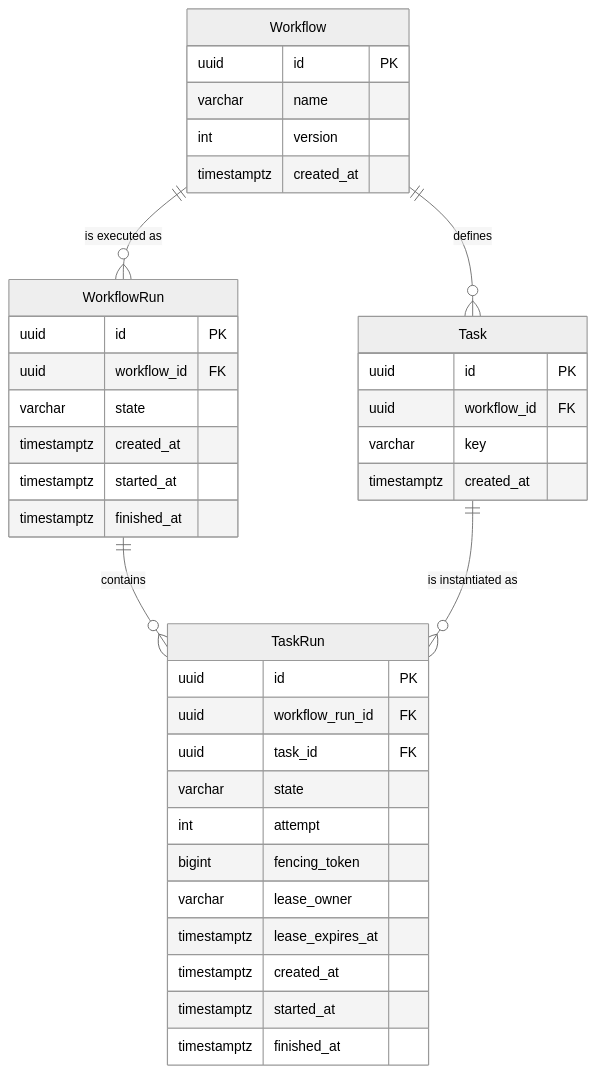
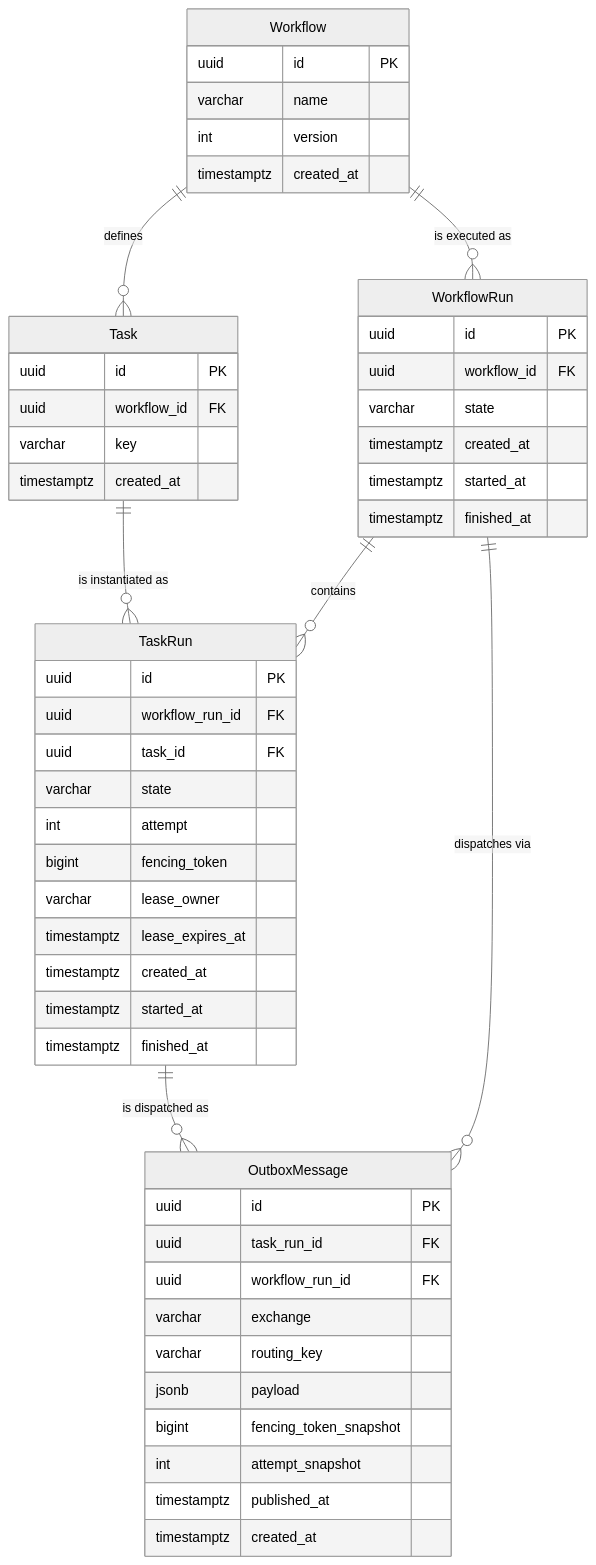
Before and after one commit to Abolfazlrwm/flowforge: the diagram in docs/architecture/data-model.md, drawn with Mermaid (neutral theme). The commit also changed other lines of this file and 8 other files, not shown here.

````diff
--- a/docs/architecture/data-model.md
+++ b/docs/architecture/data-model.md
@@ -18,41 +18,55 @@
 ```mermaid
 erDiagram
     Workflow ||--o{ Task : "defines"
     Workflow ||--o{ WorkflowRun : "is executed as"
     WorkflowRun ||--o{ TaskRun : "contains"
     Task ||--o{ TaskRun : "is instantiated as"
+    TaskRun ||--o{ OutboxMessage : "is dispatched as"
+    WorkflowRun ||--o{ OutboxMessage : "dispatches via"
 
     Workflow {
         uuid id PK
         varchar name
         int version
         timestamptz created_at
     }
     Task {
         uuid id PK
         uuid workflow_id FK
         varchar key
         timestamptz created_at
     }
     WorkflowRun {
         uuid id PK
         uuid workflow_id FK
         varchar state
         timestamptz created_at
         timestamptz started_at
         timestamptz finished_at
     }
     TaskRun {
         uuid id PK
         uuid workflow_run_id FK
         uuid task_id FK
         varchar state
         int attempt
         bigint fencing_token
         varchar lease_owner
         timestamptz lease_expires_at
         timestamptz created_at
         timestamptz started_at
         timestamptz finished_at
     }
+    OutboxMessage {
+        uuid id PK
+        uuid task_run_id FK
+        uuid workflow_run_id FK
+        varchar exchange
+        varchar routing_key
+        jsonb payload
+        bigint fencing_token_snapshot
+        int attempt_snapshot
+        timestamptz published_at
+        timestamptz created_at
+    }
 ```
````
